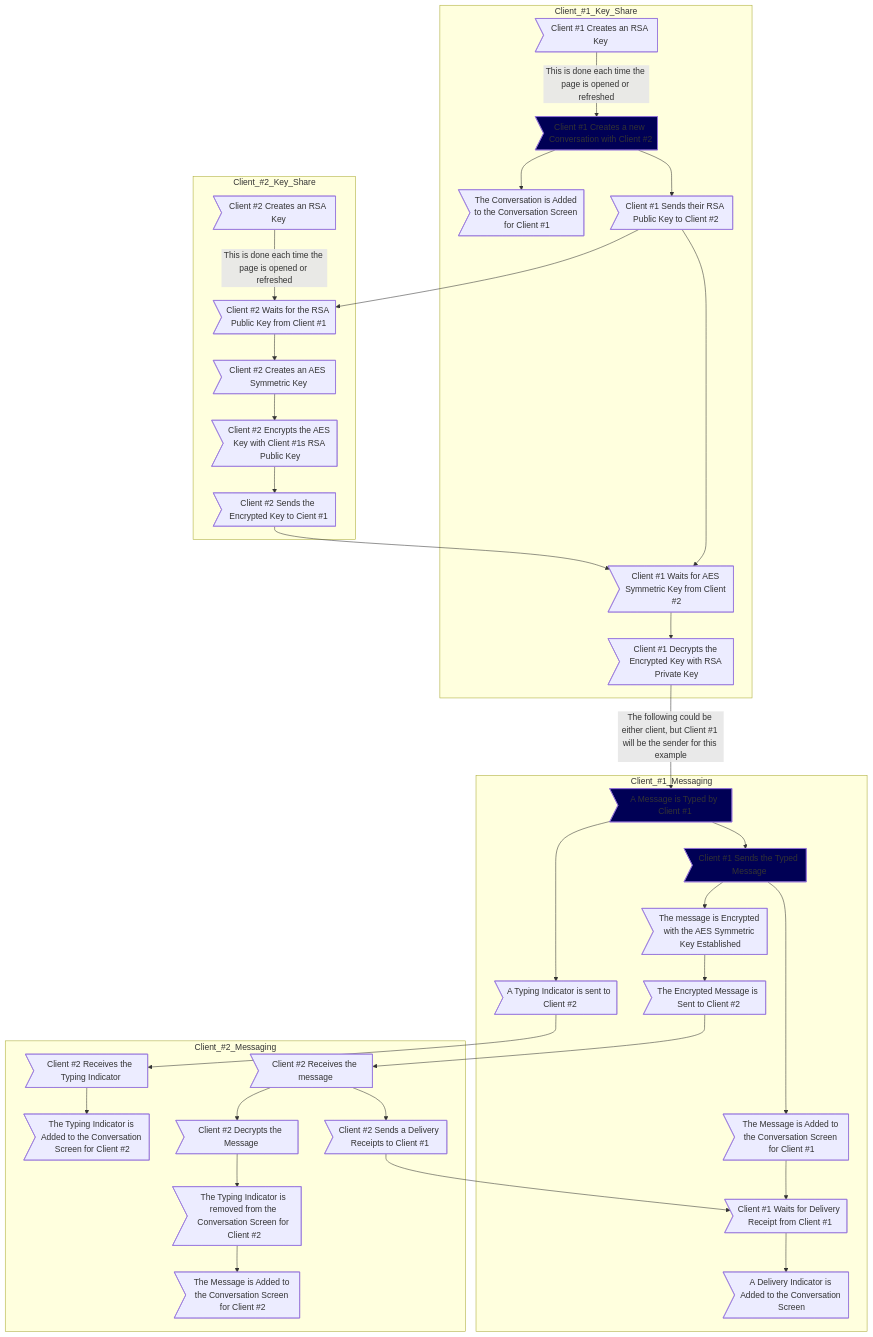
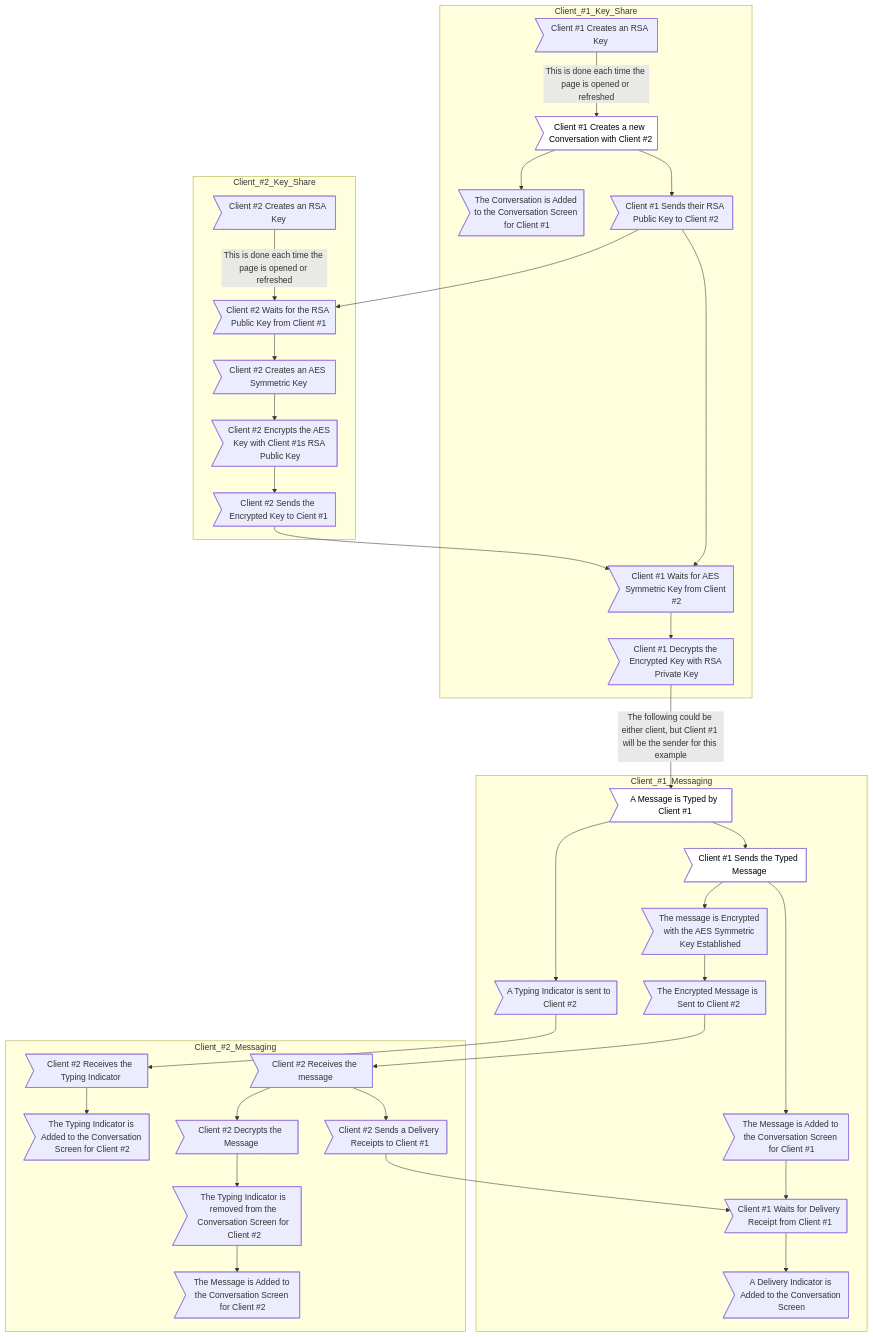
Before and after one commit to xXCrash2BomberXx/TinyChat: the first of 2 diagrams in README.md, drawn with Mermaid.

````diff
--- a/README.md
+++ b/README.md
@@ -95,47 +95,47 @@
 ```mermaid
 graph TB;
   subgraph Client_#1_Key_Share
   A>Client #1 Creates an RSA Key] --> |This is done each time the page is opened or refreshed| B>Client #1 Creates a new Conversation with Client #2];
   B --> D>The Conversation is Added to the Conversation Screen for Client #1];
   B --> E>Client #1 Sends their RSA Public Key to Client #2];
   end
   subgraph Client_#2_Key_Share
   F>Client #2 Creates an RSA Key] --> |This is done each time the page is opened or refreshed| G>Client #2 Waits for the RSA Public Key from Client #1];
   E --> G;
   G --> H>Client #2 Creates an AES Symmetric Key];
   H -->I>Client #2 Encrypts the AES Key with Client #1s RSA Public Key];
   I -->J>Client #2 Sends the Encrypted Key to Cient #1];
   end
   subgraph Client_#1_Key_Share
   E --> K>Client #1 Waits for AES Symmetric Key from Client #2];
   J --> K;
   K --> L>Client #1 Decrypts the Encrypted Key with RSA Private Key];
   end
   L --> |The following could be either client, but Client #1 will be the sender for this example| M>A Message is Typed by Client #1];
   subgraph Client_#1_Messaging
   M --> W>A Typing Indicator is sent to Client #2];
   end
   subgraph Client_#2_Messaging
   W --> X>Client #2 Receives the Typing Indicator];
   X --> Y>The Typing Indicator is Added to the Conversation Screen for Client #2];
   end
   subgraph Client_#1_Messaging
   M --> Z>Client #1 Sends the Typed Message];
   Z --> N>The message is Encrypted with the AES Symmetric Key Established];
   N --> O>The Encrypted Message is Sent to Client #2];
   Z --> Q>The Message is Added to the Conversation Screen for Client #1];
   Q --> R>Client #1 Waits for Delivery Receipt from Client #1];
   R --> V>A Delivery Indicator is Added to the Conversation Screen];
   end
   subgraph Client_#2_Messaging
   O --> P>Client #2 Receives the message];
   P --> S>Client #2 Decrypts the Message];
   S --> C>The Typing Indicator is removed from the Conversation Screen for Client #2];
   C --> T>The Message is Added to the Conversation Screen for Client #2];
   P --> U>Client #2 Sends a Delivery Receipts to Client #1];
   U --> R;
   end
 
-  classDef user fill:#005
+  classDef user fill:#fff,color:#000
   class B,M,Z user;
 ```
````
